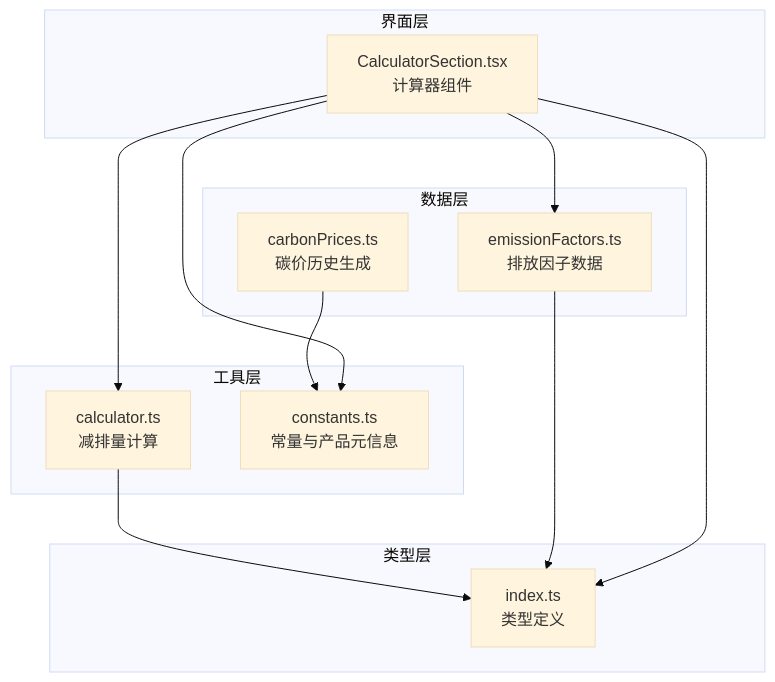
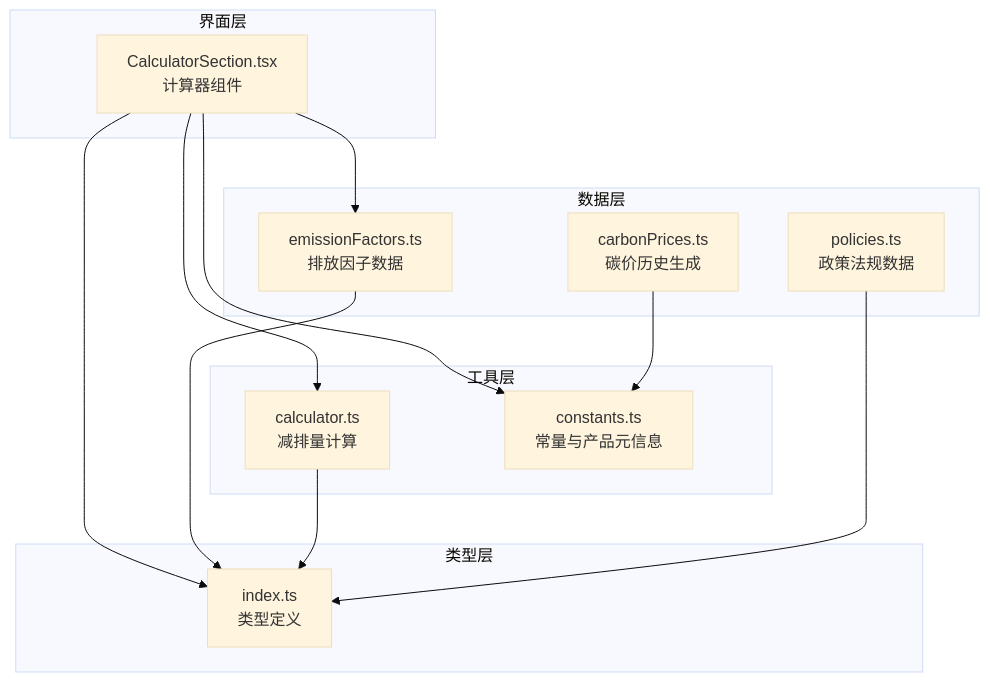
Before and after one commit to liangxuanliang-cmd/carbon-info-agent: the first of 6 diagrams in .qoder/repowiki/zh/content/数据管理/排放因子数据.md, drawn with Mermaid (base theme). The commit also changed other lines of this file and 5 other files, not shown here.

````diff
--- a/.qoder/repowiki/zh/content/数据管理/排放因子数据.md
+++ b/.qoder/repowiki/zh/content/数据管理/排放因子数据.md
@@ -42,24 +52,26 @@
 ```mermaid
 graph TB
 subgraph "数据层"
 EF["emissionFactors.ts<br/>排放因子数据"]
 CP["carbonPrices.ts<br/>碳价历史生成"]
+POL["policies.ts<br/>政策法规数据"]
 end
 subgraph "工具层"
 CALC["calculator.ts<br/>减排量计算"]
 CONST["constants.ts<br/>常量与产品元信息"]
 end
 subgraph "类型层"
 TYPES["index.ts<br/>类型定义"]
 end
 subgraph "界面层"
 CALCUI["CalculatorSection.tsx<br/>计算器组件"]
 end
 CALCUI --> EF
 CALCUI --> CALC
 CALCUI --> TYPES
 CALCUI --> CONST
 EF --> TYPES
 CALC --> TYPES
 CP --> CONST
+POL --> TYPES
 ```
````
